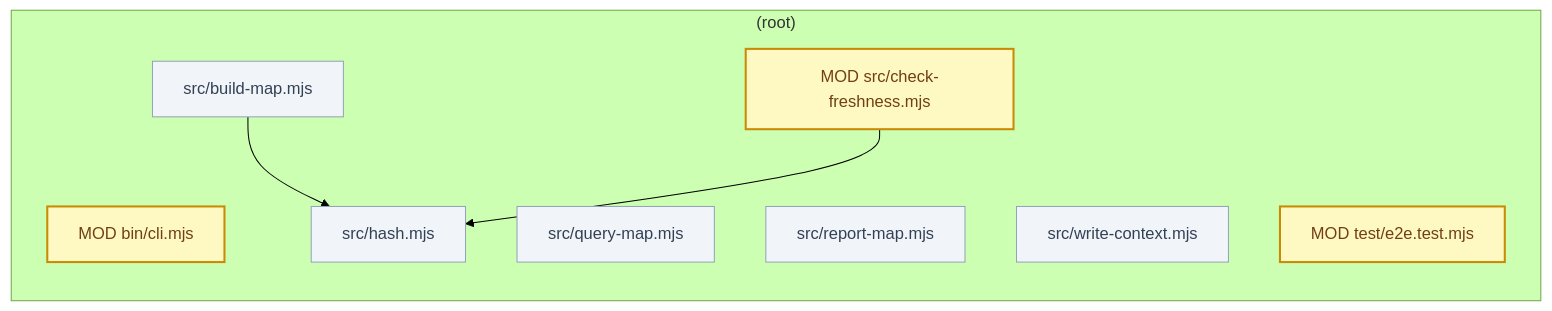
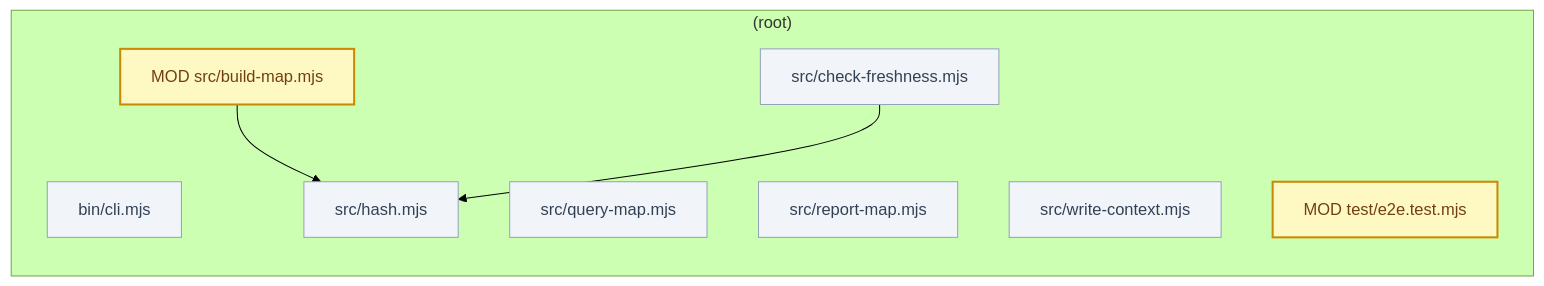
Before and after one commit to atejena/repo-map: the diagram in docs/codemap/map-files.mmd, drawn with Mermaid (forest theme). The commit also changed 10 other files, not shown here.

```diff
--- a/docs/codemap/map-files.mmd
+++ b/docs/codemap/map-files.mmd
@@ -1,20 +1,20 @@
 %% Generated by codebase-cartographer. File level view of changed modules only.
 flowchart LR
   subgraph n736728726f6f7429["(root)"]
-    n62696e2f636c692e6d6a73["MOD bin/cli.mjs"]:::changed
-    n7372632f6275696c642d6d61702e6d6a73["src/build-map.mjs"]:::stable
-    n7372632f636865636b2d66726573686e6573732e["MOD src/check-freshness.mjs"]:::changed
+    n62696e2f636c692e6d6a73["bin/cli.mjs"]:::stable
+    n7372632f6275696c642d6d61702e6d6a73["MOD src/build-map.mjs"]:::changed
+    n7372632f636865636b2d66726573686e6573732e["src/check-freshness.mjs"]:::stable
     n7372632f686173682e6d6a73["src/hash.mjs"]:::stable
     n7372632f71756572792d6d61702e6d6a73["src/query-map.mjs"]:::stable
     n7372632f7265706f72742d6d61702e6d6a73["src/report-map.mjs"]:::stable
     n7372632f77726974652d636f6e746578742e6d6a["src/write-context.mjs"]:::stable
     n746573742f6532652e746573742e6d6a73["MOD test/e2e.test.mjs"]:::changed
   end
   n7372632f6275696c642d6d61702e6d6a73 --> n7372632f686173682e6d6a73
   n7372632f636865636b2d66726573686e6573732e --> n7372632f686173682e6d6a73
 
   classDef added fill:#dcfce7,stroke:#16a34a,stroke-width:3px,color:#14532d
   classDef changed fill:#fef9c3,stroke:#ca8a04,stroke-width:2px,color:#713f12
   classDef stable fill:#f1f5f9,stroke:#94a3b8,color:#334155
   classDef orphan fill:#fae8ff,stroke:#a21caf,stroke-width:2px,color:#701a75
   classDef removed fill:#fee2e2,stroke:#dc2626,stroke-width:2px,color:#7f1d1d,stroke-dasharray: 5 4
```
